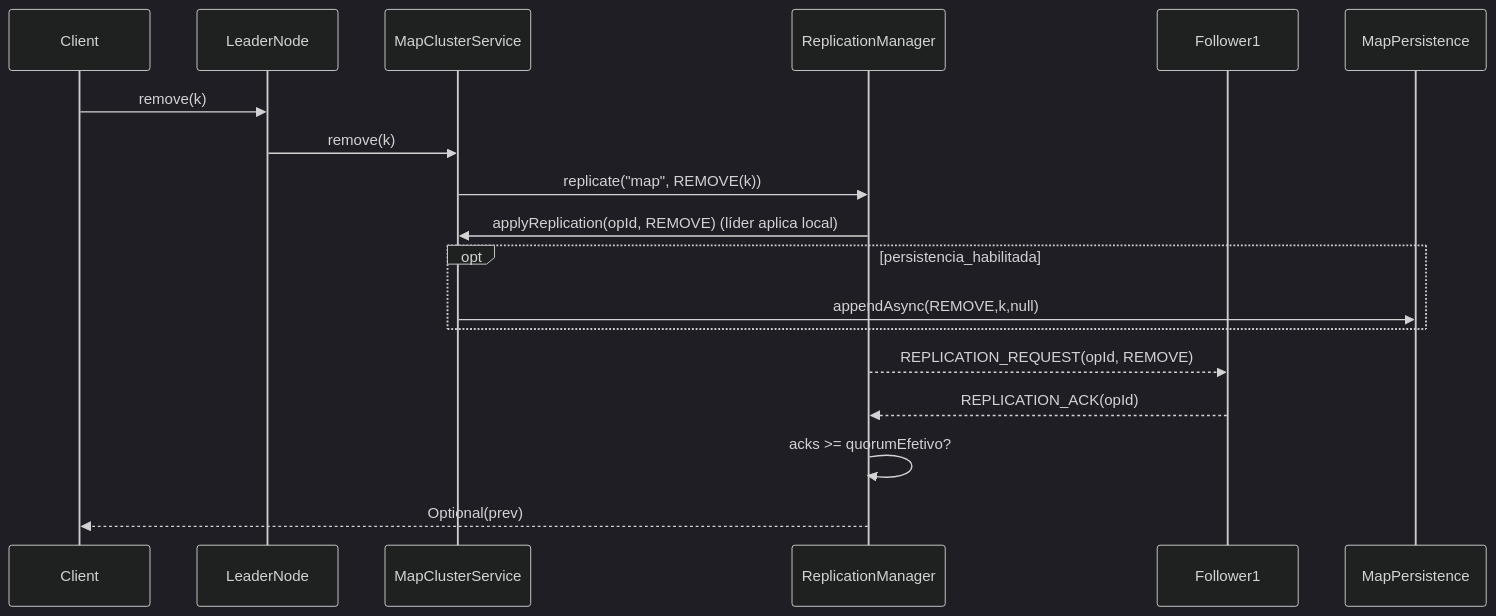
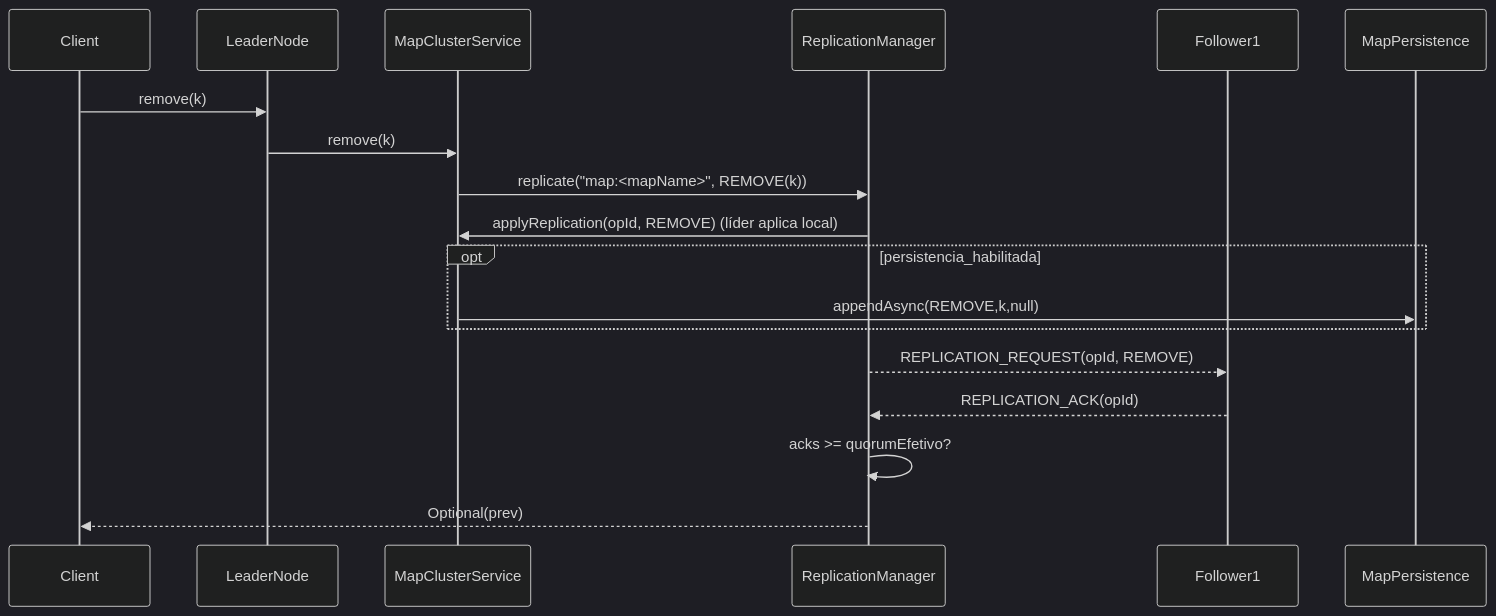
One commit to nishisan-dev/nishi-utils changed the third of 5 diagrams in doc/ngrid/map-design.md. Above: the diagram before and after it, drawn with Mermaid (dark theme). The commit also changed other lines of this file and 4 other files, not shown here.

````diff
--- a/doc/ngrid/map-design.md
+++ b/doc/ngrid/map-design.md
@@ -130,21 +130,21 @@
 ```mermaid
 sequenceDiagram
 participant Client as Client
 participant L as LeaderNode
 participant MS as MapClusterService
 participant RM as ReplicationManager
 participant F1 as Follower1
 participant MP as MapPersistence
 
 Client->>L: remove(k)
 L->>MS: remove(k)
-MS->>RM: replicate("map", REMOVE(k))
+MS->>RM: replicate("map:<mapName>", REMOVE(k))
 RM->>MS: applyReplication(opId, REMOVE) (líder aplica local)
 opt persistencia_habilitada
   MS->>MP: appendAsync(REMOVE,k,null)
 end
 RM-->>F1: REPLICATION_REQUEST(opId, REMOVE)
 F1-->>RM: REPLICATION_ACK(opId)
 RM->>RM: acks >= quorumEfetivo?
 RM-->>Client: Optional(prev)
 ```
````
